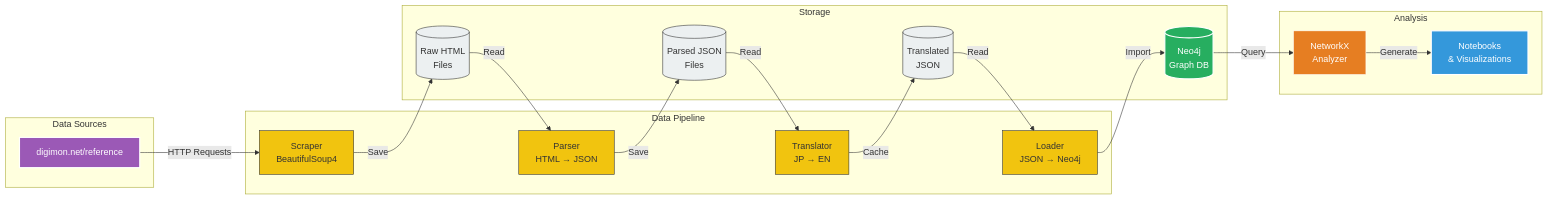
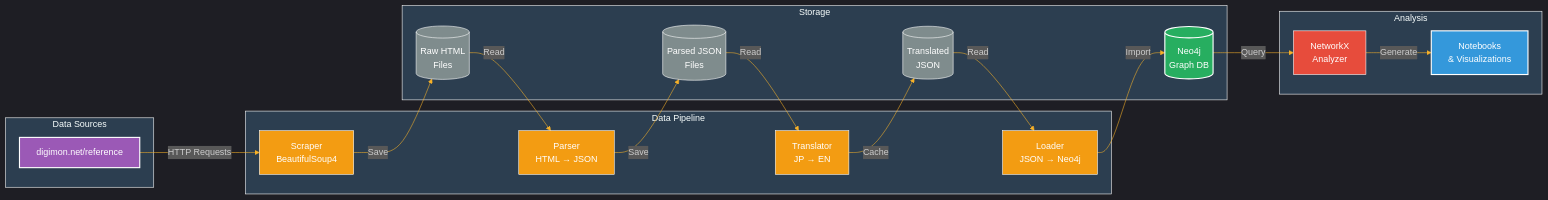
The second of 5 diagrams in CLAUDE.md (Ricoledan/digimon-knowledge-graph), drawn with Mermaid before and after one commit. The commit also changed other lines of this file, not shown here.

Commit message:
add diagrams

````diff
--- a/CLAUDE.md
+++ b/CLAUDE.md
@@ -143,48 +143,51 @@
 ```mermaid
+%%{init: {'theme':'dark', 'themeVariables': { 'primaryColor':'#1a1a1a', 'primaryTextColor':'#fff', 'primaryBorderColor':'#7C0000', 'lineColor':'#F8B229', 'secondaryColor':'#006100', 'tertiaryColor':'#2c3e50', 'background':'#1a1a1a', 'mainBkg':'#1a1a1a', 'secondBkg':'#2c3e50', 'tertiaryBkg':'#34495e', 'primaryBorderColor':'#fff', 'secondaryBorderColor':'#fff', 'tertiaryBorderColor':'#fff', 'clusterBkg':'#2c3e50', 'clusterBorder':'#fff', 'fontFamily':'monospace'}}}%%
 flowchart LR
-    subgraph "Data Sources"
+    subgraph DS["Data Sources"]
         A[digimon.net/reference]
     end
     
-    subgraph "Data Pipeline"
+    subgraph DP["Data Pipeline"]
         B[Scraper<br/>BeautifulSoup4]
         C[Parser<br/>HTML → JSON]
         D[Translator<br/>JP → EN]
         E[Loader<br/>JSON → Neo4j]
     end
     
-    subgraph "Storage"
+    subgraph ST["Storage"]
         F[(Raw HTML<br/>Files)]
         G[(Parsed JSON<br/>Files)]
         H[(Translated<br/>JSON)]
         I[(Neo4j<br/>Graph DB)]
     end
     
-    subgraph "Analysis"
+    subgraph AN["Analysis"]
         J[NetworkX<br/>Analyzer]
         K[Notebooks<br/>& Visualizations]
     end
     
     A -->|HTTP Requests| B
     B -->|Save| F
     F -->|Read| C
     C -->|Save| G
     G -->|Read| D
     D -->|Cache| H
     H -->|Read| E
     E -->|Import| I
     I -->|Query| J
     J -->|Generate| K
     
-    style A fill:#9b59b6,stroke:#fff,stroke-width:2px,color:#fff
-    style I fill:#27ae60,stroke:#fff,stroke-width:2px,color:#fff
-    style K fill:#3498db,stroke:#fff,stroke-width:2px,color:#fff
-    style B fill:#f1c40f,stroke:#333,stroke-width:1px,color:#333
-    style C fill:#f1c40f,stroke:#333,stroke-width:1px,color:#333
-    style D fill:#f1c40f,stroke:#333,stroke-width:1px,color:#333
-    style E fill:#f1c40f,stroke:#333,stroke-width:1px,color:#333
-    style F fill:#ecf0f1,stroke:#333,stroke-width:1px,color:#333
-    style G fill:#ecf0f1,stroke:#333,stroke-width:1px,color:#333
-    style H fill:#ecf0f1,stroke:#333,stroke-width:1px,color:#333
-    style J fill:#e67e22,stroke:#fff,stroke-width:1px,color:#fff
+    classDef source fill:#9b59b6,stroke:#fff,stroke-width:2px,color:#fff
+    classDef storage fill:#27ae60,stroke:#fff,stroke-width:2px,color:#fff
+    classDef output fill:#3498db,stroke:#fff,stroke-width:2px,color:#fff
+    classDef pipeline fill:#f39c12,stroke:#fff,stroke-width:1px,color:#fff
+    classDef files fill:#7f8c8d,stroke:#fff,stroke-width:1px,color:#fff
+    classDef analysis fill:#e74c3c,stroke:#fff,stroke-width:1px,color:#fff
+    
+    class A source
+    class I storage
+    class K output
+    class B,C,D,E pipeline
+    class F,G,H files
+    class J analysis
 ```
````
